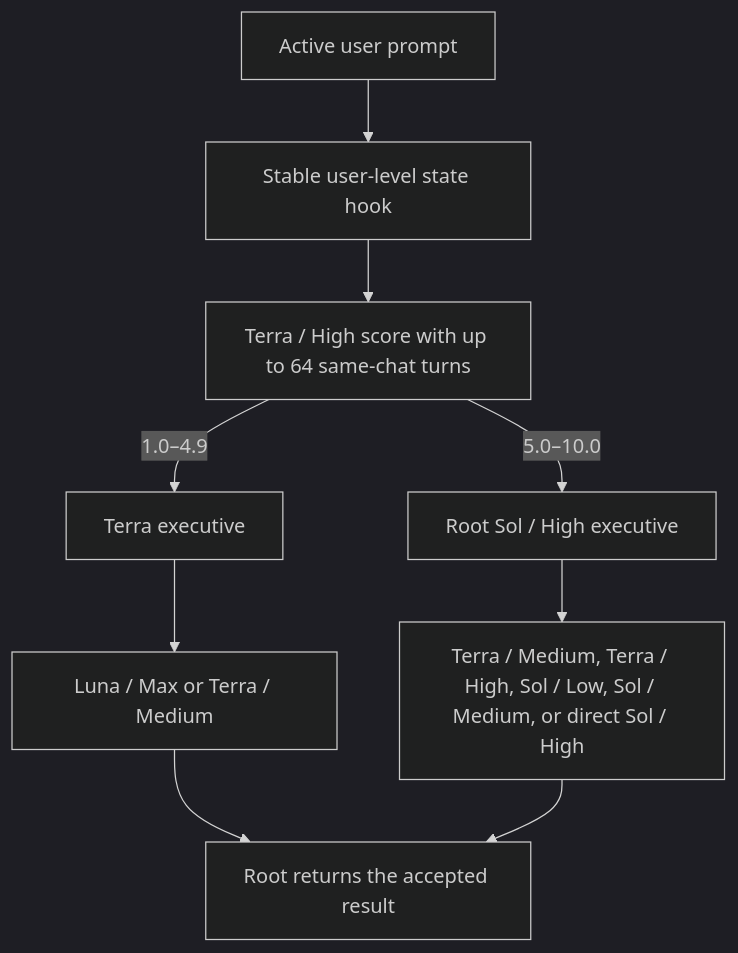
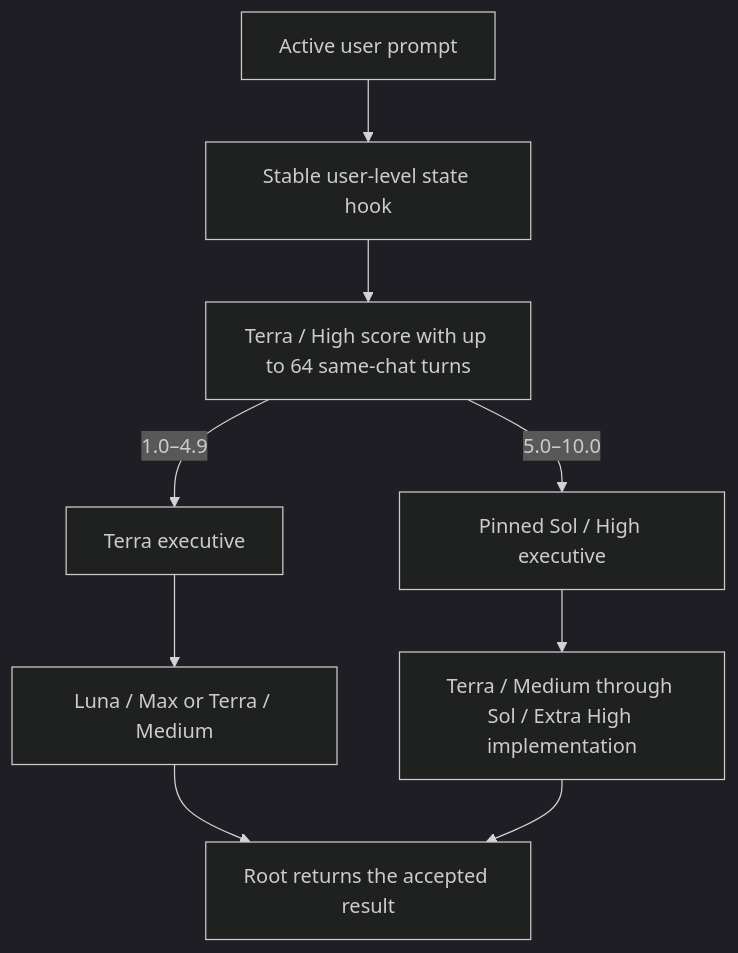
The diagram in README.md (jessejaffe/codex-orchestration), drawn with Mermaid (dark theme) before and after one commit. The commit also changed other lines of this file and 16 other files, not shown here.

Commit message:
Pin high-band executive and add Extra High lane

````diff
--- a/README.md
+++ b/README.md
@@ -59,11 +59,11 @@
 ```mermaid
 flowchart TD
     U["Active user prompt"] --> H["Stable user-level state hook"]
     H --> T["Terra / High score with up to 64 same-chat turns"]
     T -->|"1.0–4.9"| L["Terra executive"]
     L --> P1["Luna / Max or Terra / Medium"]
-    T -->|"5.0–10.0"| S["Root Sol / High executive"]
-    S --> P2["Terra / Medium, Terra / High, Sol / Low, Sol / Medium, or direct Sol / High"]
+    T -->|"5.0–10.0"| S["Pinned Sol / High executive"]
+    S --> P2["Terra / Medium through Sol / Extra High implementation"]
     P1 --> R["Root returns the accepted result"]
     P2 --> R
 ```
````
